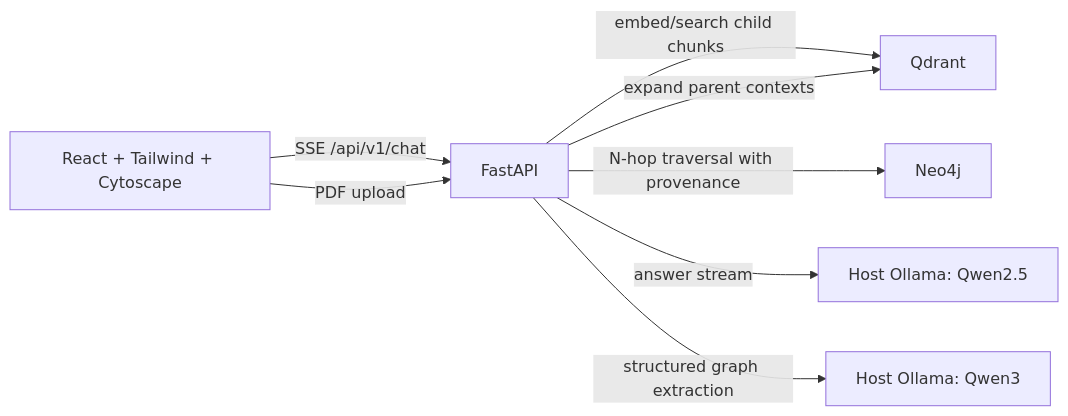
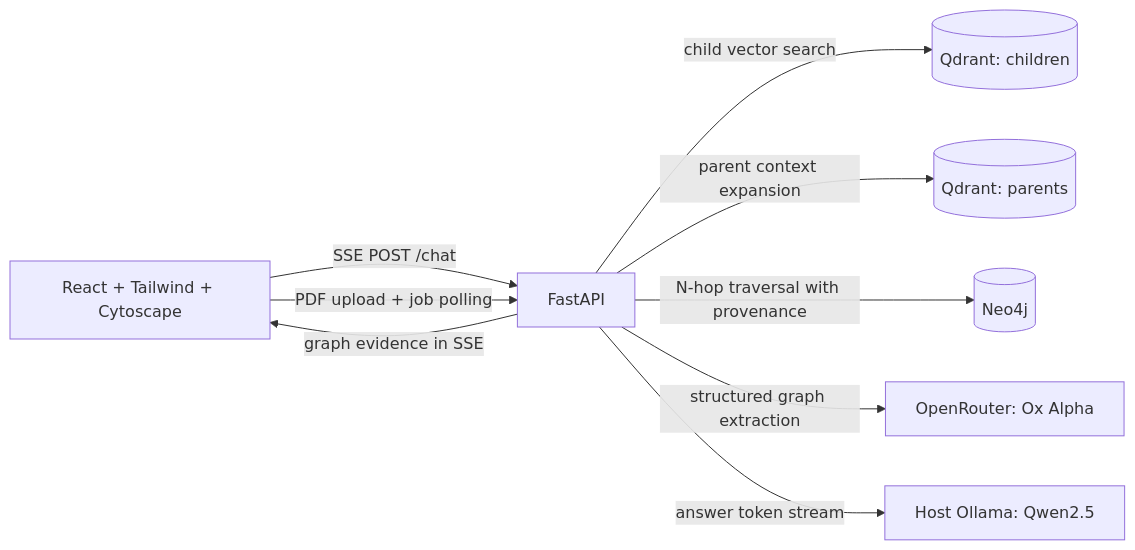
The diagram in README.md (Rishikeshk9/graphrag-assessment), drawn with Mermaid before and after one commit. The commit also changed other lines of this file and 64 other files, not shown here.

Commit message:
feat: complete GraphRAG platform workflow

````diff
--- a/README.md
+++ b/README.md
@@ -147,10 +14,11 @@
 ```mermaid
 flowchart LR
-  UI[React + Tailwind + Cytoscape] -->|SSE /api/v1/chat| API[FastAPI]
-  UI -->|PDF upload| API
-  API -->|embed/search child chunks| Q[Qdrant]
-  API -->|expand parent contexts| Q
-  API -->|N-hop traversal with provenance| N[Neo4j]
-  API -->|answer stream| O[Host Ollama: Qwen2.5]
-  API -->|structured graph extraction| G[Host Ollama: Qwen3]
+  UI[React + Tailwind + Cytoscape] -->|SSE POST /chat| API[FastAPI]
+  UI -->|PDF upload + job polling| API
+  API -->|graph evidence in SSE| UI
+  API -->|child vector search| Q[(Qdrant: children)]
+  API -->|parent context expansion| QP[(Qdrant: parents)]
+  API -->|N-hop traversal with provenance| N[(Neo4j)]
+  API -->|structured graph extraction| G[OpenRouter: Ox Alpha]
+  API -->|answer token stream| O[Host Ollama: Qwen2.5]
 ```
````
